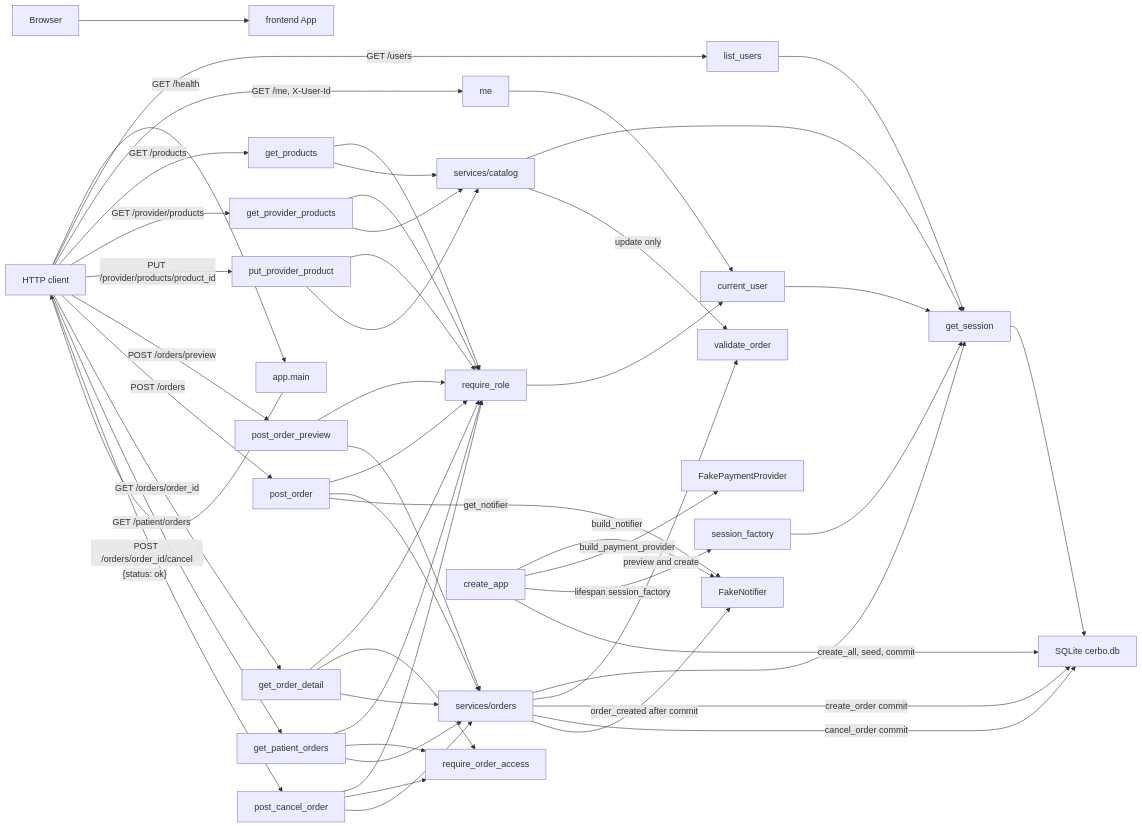
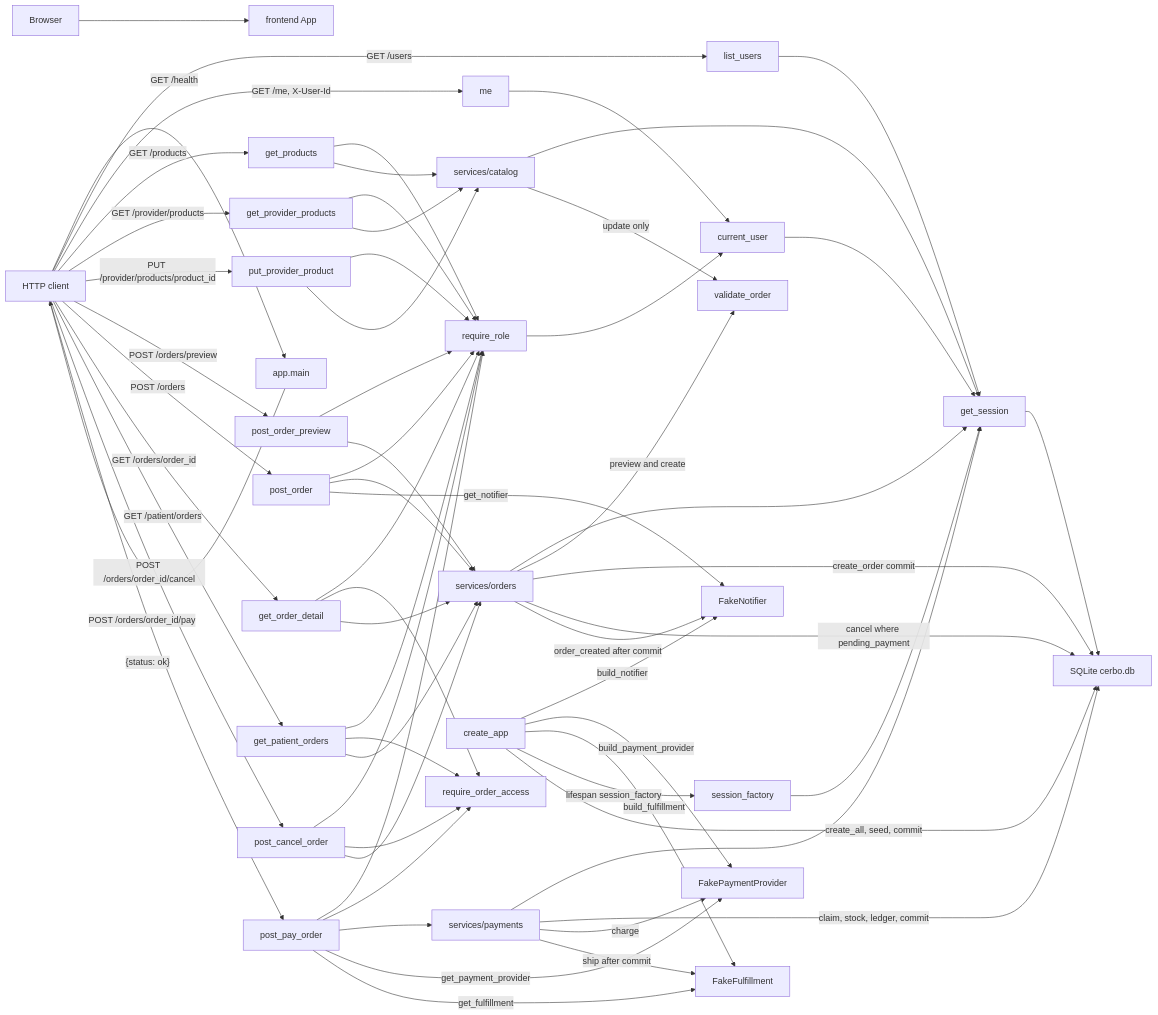
Before and after one commit to drtclem/cerbo_wk1: the diagram in docs/diagrams/overview.md, drawn with Mermaid. The commit also changed other lines of this file and 14 other files, not shown here.

Commit message:
T8: pay endpoint, safe cancel

````diff
--- a/docs/diagrams/overview.md
+++ b/docs/diagrams/overview.md
@@ -7,61 +7,72 @@
 ```mermaid
 flowchart LR
   browser["Browser"] --> frontendApp["frontend App"]
 
   httpClient["HTTP client"] -->|"GET /health"| fastapiApp["app.main"]
   fastapiApp -->|"{status: ok}"| httpClient
 
   httpClient -->|"GET /users"| listUsers["list_users"]
   httpClient -->|"GET /me, X-User-Id"| meRoute["me"]
   meRoute --> currentUser["current_user"]
   listUsers --> getSession["get_session"]
   currentUser --> getSession
 
   httpClient -->|"GET /products"| getProducts["get_products"]
   httpClient -->|"GET /provider/products"| getProviderProducts["get_provider_products"]
   httpClient -->|"PUT /provider/products/product_id"| putProviderProduct["put_provider_product"]
   httpClient -->|"POST /orders/preview"| postOrderPreview["post_order_preview"]
   httpClient -->|"POST /orders"| postOrder["post_order"]
   httpClient -->|"GET /orders/order_id"| getOrderDetail["get_order_detail"]
   httpClient -->|"GET /patient/orders"| getPatientOrders["get_patient_orders"]
   httpClient -->|"POST /orders/order_id/cancel"| postCancel["post_cancel_order"]
+  httpClient -->|"POST /orders/order_id/pay"| postPay["post_pay_order"]
 
   getProducts --> requireRole["require_role"]
   getProviderProducts --> requireRole
   putProviderProduct --> requireRole
   postOrderPreview --> requireRole
   postOrder --> requireRole
   getOrderDetail --> requireRole
   getPatientOrders --> requireRole
   postCancel --> requireRole
+  postPay --> requireRole
   requireRole --> currentUser
 
   getOrderDetail --> requireOrder["require_order_access"]
   getPatientOrders --> requireOrder
   postCancel --> requireOrder
+  postPay --> requireOrder
 
   getProducts --> catalogSvc["services/catalog"]
   getProviderProducts --> catalogSvc
   putProviderProduct --> catalogSvc
   postOrderPreview --> ordersSvc["services/orders"]
   postOrder --> ordersSvc
   getOrderDetail --> ordersSvc
   getPatientOrders --> ordersSvc
   postCancel --> ordersSvc
+  postPay --> paymentsSvc["services/payments"]
   catalogSvc --> getSession
   ordersSvc --> getSession
+  paymentsSvc --> getSession
   catalogSvc -->|"update only"| validateOrder["validate_order"]
   ordersSvc -->|"preview and create"| validateOrder
   getSession --> sqliteFile["SQLite cerbo.db"]
   ordersSvc -->|"create_order commit"| sqliteFile
-  ordersSvc -->|"cancel_order commit"| sqliteFile
+  ordersSvc -->|"cancel where pending_payment"| sqliteFile
+  paymentsSvc -->|"claim, stock, ledger, commit"| sqliteFile
+  paymentsSvc -->|"charge"| paymentProvider["FakePaymentProvider"]
+  paymentsSvc -->|"ship after commit"| fakeFulfillment["FakeFulfillment"]
 
   postOrder -->|"get_notifier"| fakeNotifier["FakeNotifier"]
   ordersSvc -->|"order_created after commit"| fakeNotifier
+  postPay -->|"get_payment_provider"| paymentProvider
+  postPay -->|"get_fulfillment"| fakeFulfillment
 
   createApp["create_app"] -->|"build_notifier"| fakeNotifier
-  createApp -->|"build_payment_provider"| paymentProvider["FakePaymentProvider"]
+  createApp -->|"build_payment_provider"| paymentProvider
+  createApp -->|"build_fulfillment"| fakeFulfillment
   createApp -->|"lifespan session_factory"| sessionFactory["session_factory"]
   createApp -->|"create_all, seed, commit"| sqliteFile
   sessionFactory --> getSession
 ```
````
